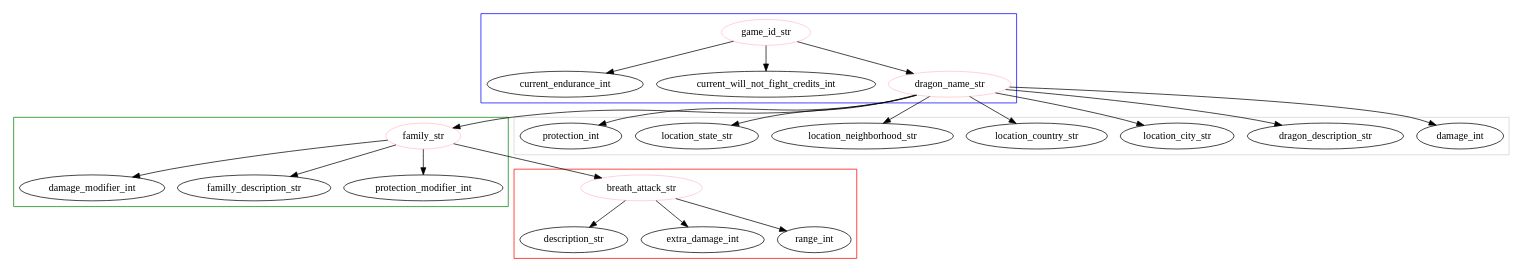
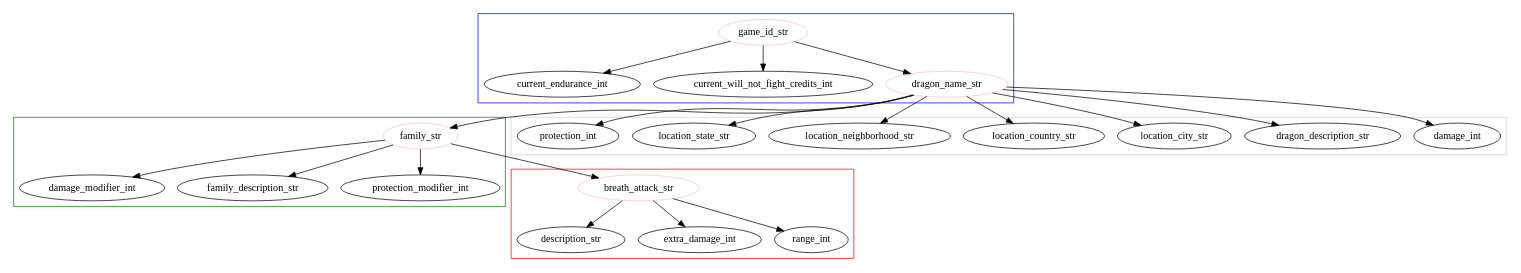
The diagram in model.dot (jwalsh/dynamodb-dragons), drawn with Graphviz before and after one commit. The commit also changed 2 other files, not shown here.

Commit message:
Correct description name

```diff
--- a/model.dot
+++ b/model.dot
@@ -1,47 +1,47 @@
 digraph G {
         graph [fontname = "Handlee"];
         node [fontname = "Handlee"];
         edge [fontname = "Handlee"];
         subgraph cluster_current_power {
                 color=blue;
                 "game_id_str" [color=pink];
                 "game_id_str" -> {
                         "current_endurance_int"
                         "current_will_not_fight_credits_int"
                         "dragon_name_str"
                 }
         }
         subgraph cluster_bonus_attack {
                 color=red;
                 "breath_attack_str" [color=pink];
                 "breath_attack_str" -> {
                         "description_str"
                         "extra_damage_int"
                         "range_int"
                 }
         }
         subgraph cluster_family {
                 color=green;
                 "family_str" [color=pink];
                 "family_str" -> {
                         "breath_attack_str"
                         "damage_modifier_int"
-                        "familly_description_str"
+                        "family_description_str"
                         "protection_modifier_int"
                 }
         }
         subgraph cluster_stats {
                 color=lightgrey;
                 "dragon_name_str" [color=pink];
                 "dragon_name_str" -> {
                         "damage_int"
                         "dragon_description_str"
                         "family_str"
                         "location_city_str"
                         "location_country_str"
                         "location_neighborhood_str"
                         "location_state_str"
                         "protection_int"
                 }
         }
 }
```
